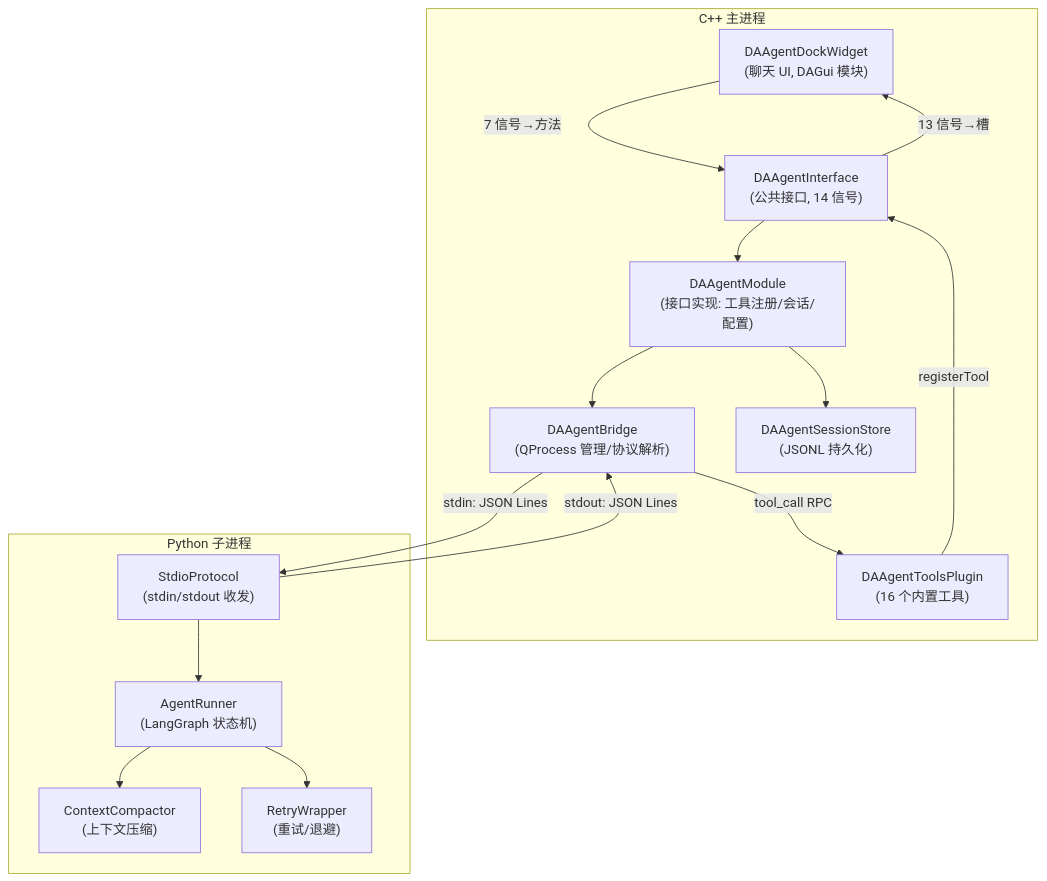
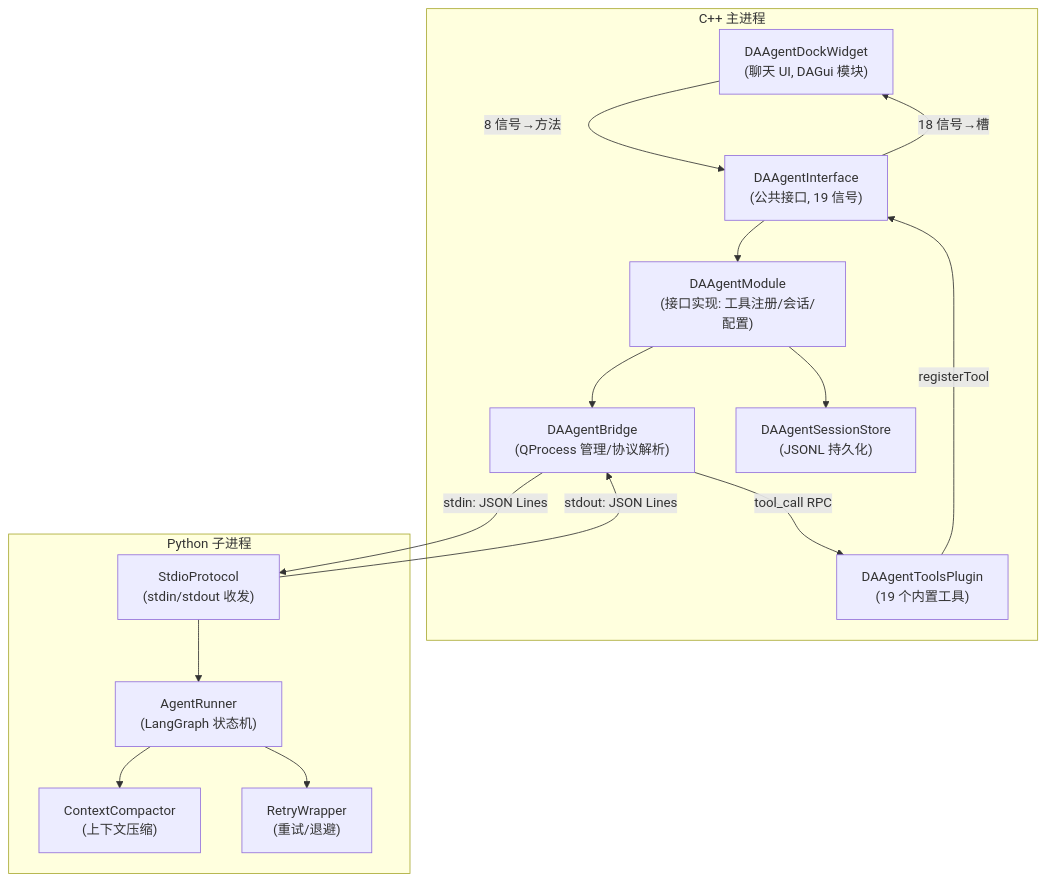
Before and after one commit to czyt1988/data-workbench: the diagram in docs/zh/dev-guide/agent/index.md, drawn with Mermaid. The commit also changed other lines of this file and 69 other files, not shown here.

````diff
--- a/docs/zh/dev-guide/agent/index.md
+++ b/docs/zh/dev-guide/agent/index.md
@@ -39,32 +43,32 @@
 ```mermaid
 graph TB
     subgraph "C++ 主进程"
         UI["DAAgentDockWidget<br/>(聊天 UI, DAGui 模块)"]
-        IF["DAAgentInterface<br/>(公共接口, 14 信号)"]
+        IF["DAAgentInterface<br/>(公共接口, 19 信号)"]
         MOD["DAAgentModule<br/>(接口实现: 工具注册/会话/配置)"]
         BRIDGE["DAAgentBridge<br/>(QProcess 管理/协议解析)"]
         STORE["DAAgentSessionStore<br/>(JSONL 持久化)"]
-        TOOLS["DAAgentToolsPlugin<br/>(16 个内置工具)"]
+        TOOLS["DAAgentToolsPlugin<br/>(19 个内置工具)"]
     end
 
     subgraph "Python 子进程"
         PROTO["StdioProtocol<br/>(stdin/stdout 收发)"]
         RUNNER["AgentRunner<br/>(LangGraph 状态机)"]
         CTX["ContextCompactor<br/>(上下文压缩)"]
         RETRY["RetryWrapper<br/>(重试/退避)"]
     end
 
-    UI -->|"7 信号→方法"| IF
-    IF -->|"13 信号→槽"| UI
+    UI -->|"8 信号→方法"| IF
+    IF -->|"18 信号→槽"| UI
     IF --> MOD
     MOD --> BRIDGE
     MOD --> STORE
     TOOLS -->|"registerTool"| IF
 
     BRIDGE -->|"stdin: JSON Lines"| PROTO
     PROTO -->|"stdout: JSON Lines"| BRIDGE
     PROTO --> RUNNER
     RUNNER --> CTX
     RUNNER --> RETRY
     BRIDGE -->|"tool_call RPC"| TOOLS
 ```
````
